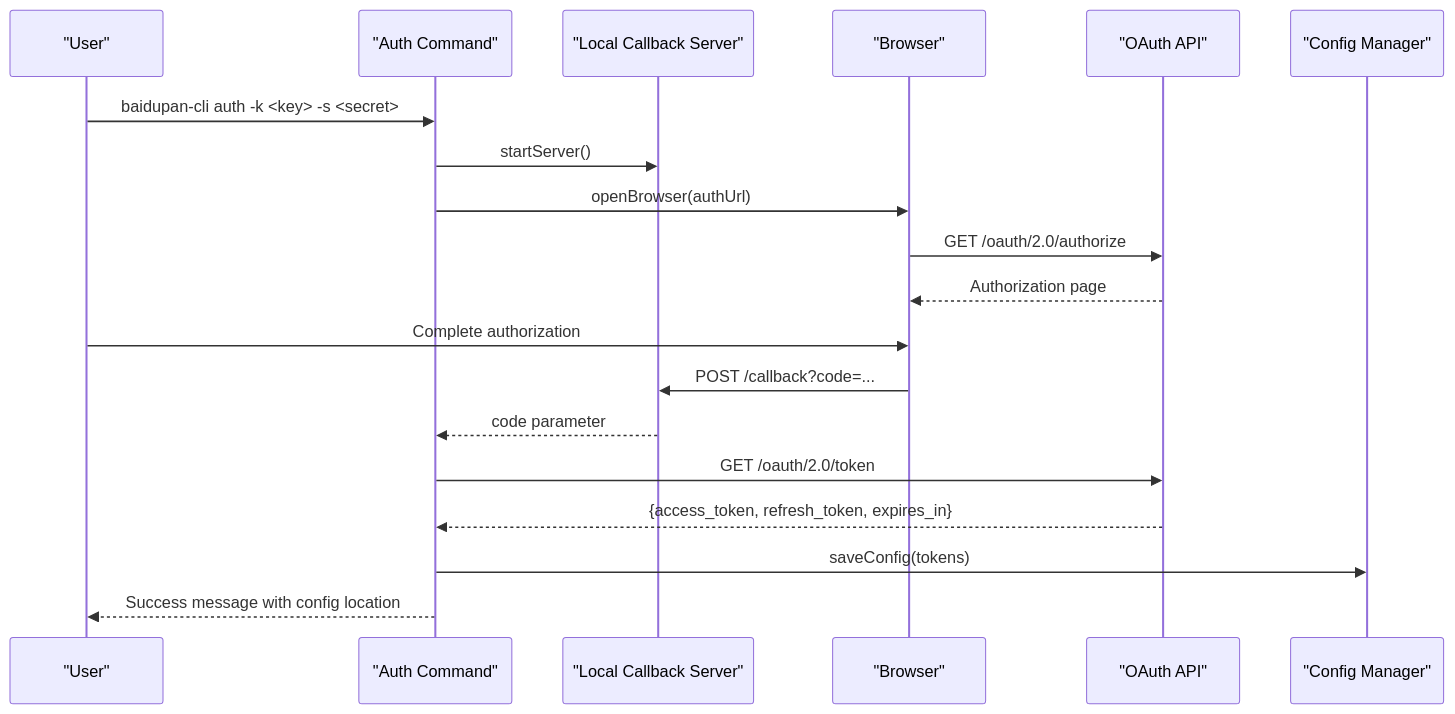
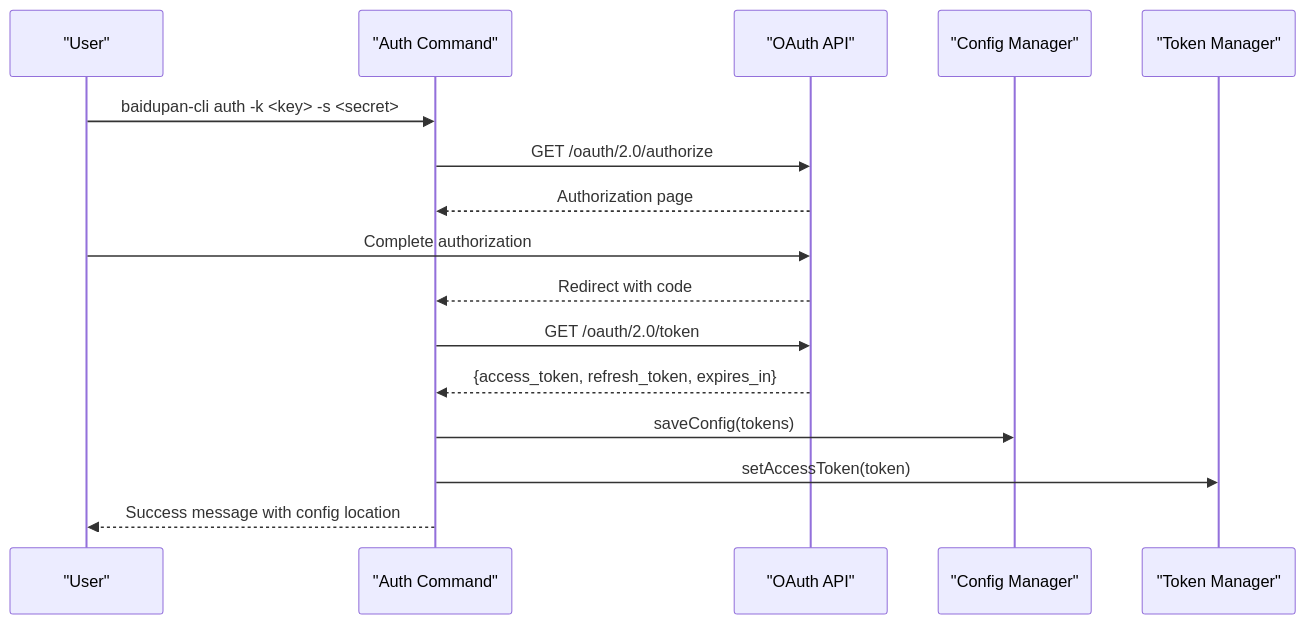
The tenth of 11 diagrams in .qoder/repowiki/en/content/API Integration/HTTP Client Architecture.md (yuexiaoliang/baiduwangpan-manager), drawn with Mermaid before and after one commit. The commit also changed other lines of this file and 30 other files, not shown here.

````diff
--- a/.qoder/repowiki/en/content/API Integration/HTTP Client Architecture.md
+++ b/.qoder/repowiki/en/content/API Integration/HTTP Client Architecture.md
@@ -343,21 +481,18 @@
 ```mermaid
 sequenceDiagram
 participant User as "User"
 participant AuthCmd as "Auth Command"
-participant LocalServer as "Local Callback Server"
-participant Browser as "Browser"
 participant OAuthAPI as "OAuth API"
 participant Config as "Config Manager"
+participant TokenMgr as "Token Manager"
 User->>AuthCmd : baidupan-cli auth -k <key> -s <secret>
-AuthCmd->>LocalServer : startServer()
-AuthCmd->>Browser : openBrowser(authUrl)
-Browser->>OAuthAPI : GET /oauth/2.0/authorize
-OAuthAPI-->>Browser : Authorization page
-User->>Browser : Complete authorization
-Browser->>LocalServer : POST /callback?code=...
-LocalServer-->>AuthCmd : code parameter
+AuthCmd->>OAuthAPI : GET /oauth/2.0/authorize
+OAuthAPI-->>AuthCmd : Authorization page
+User->>OAuthAPI : Complete authorization
+OAuthAPI-->>AuthCmd : Redirect with code
 AuthCmd->>OAuthAPI : GET /oauth/2.0/token
 OAuthAPI-->>AuthCmd : {access_token, refresh_token, expires_in}
 AuthCmd->>Config : saveConfig(tokens)
+AuthCmd->>TokenMgr : setAccessToken(token)
 AuthCmd-->>User : Success message with config location
 ```
````
